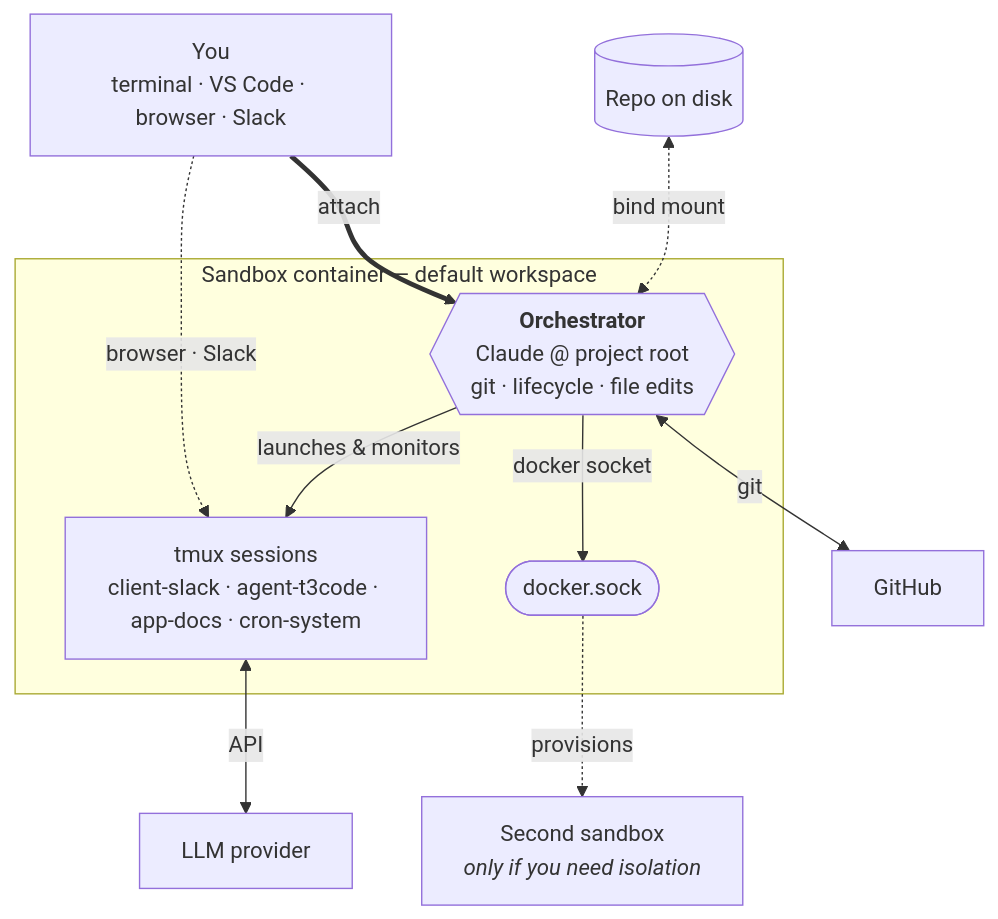
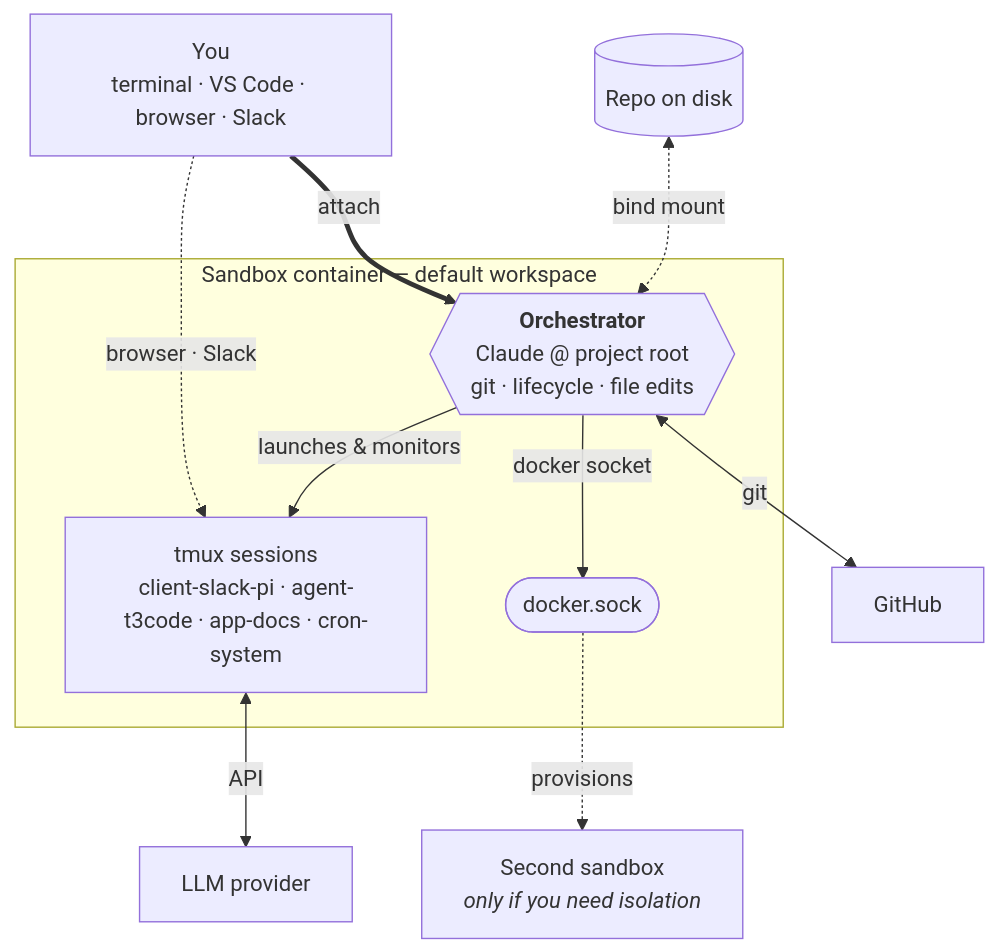
One commit to mifunedev/openharness changed the diagram in docs/intro.md. Above: the diagram before and after it, drawn with Mermaid. The commit also changed 12 other files, not shown here.

Commit message:
fix: rename Slack Pi tmux session (#270)

````diff
--- a/docs/intro.md
+++ b/docs/intro.md
@@ -33,24 +33,24 @@
 ```mermaid
 flowchart TB
     You["You<br/>terminal · VS Code · browser · Slack"]
     Repo[("Repo on disk")]
     GH["GitHub"]
     LLM["LLM provider"]
 
     subgraph sandbox["Sandbox container — default workspace"]
         Orch{{"<b>Orchestrator</b><br/>Claude @ project root<br/>git · lifecycle · file edits"}}
-        Tmux["tmux sessions<br/>client-slack · agent-t3code · app-docs · cron-system"]
+        Tmux["tmux sessions<br/>client-slack-pi · agent-t3code · app-docs · cron-system"]
         Sock(["docker.sock"])
     end
 
     Sb2["Second sandbox<br/><i>only if you need isolation</i>"]
 
     You ==>|attach| Orch
     You -.->|browser · Slack| Tmux
     Repo <-.->|bind mount| Orch
     Orch -->|launches & monitors| Tmux
     Orch <-->|git| GH
     Tmux <-->|API| LLM
     Orch -->|docker socket| Sock
     Sock -.->|provisions| Sb2
 ```
````
